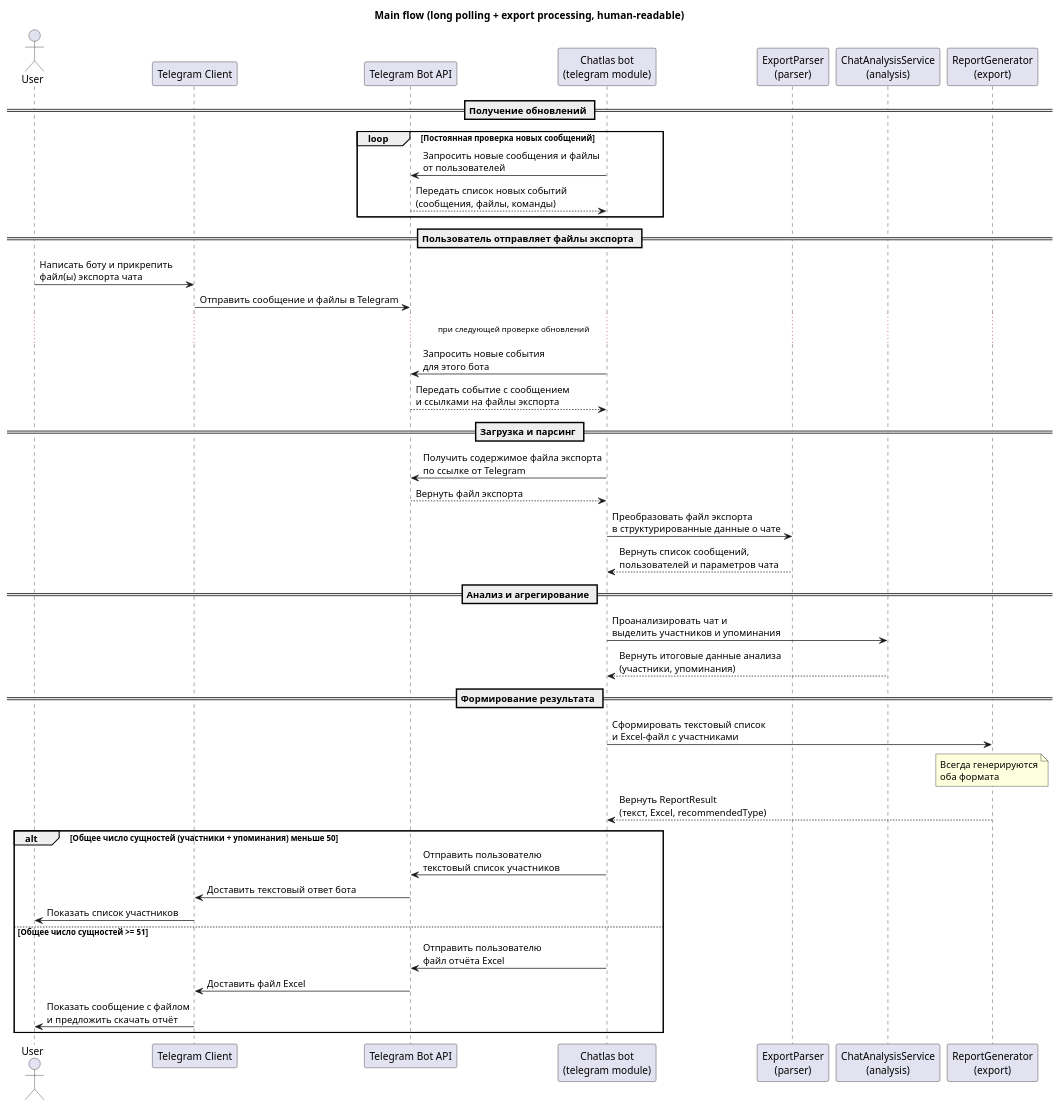
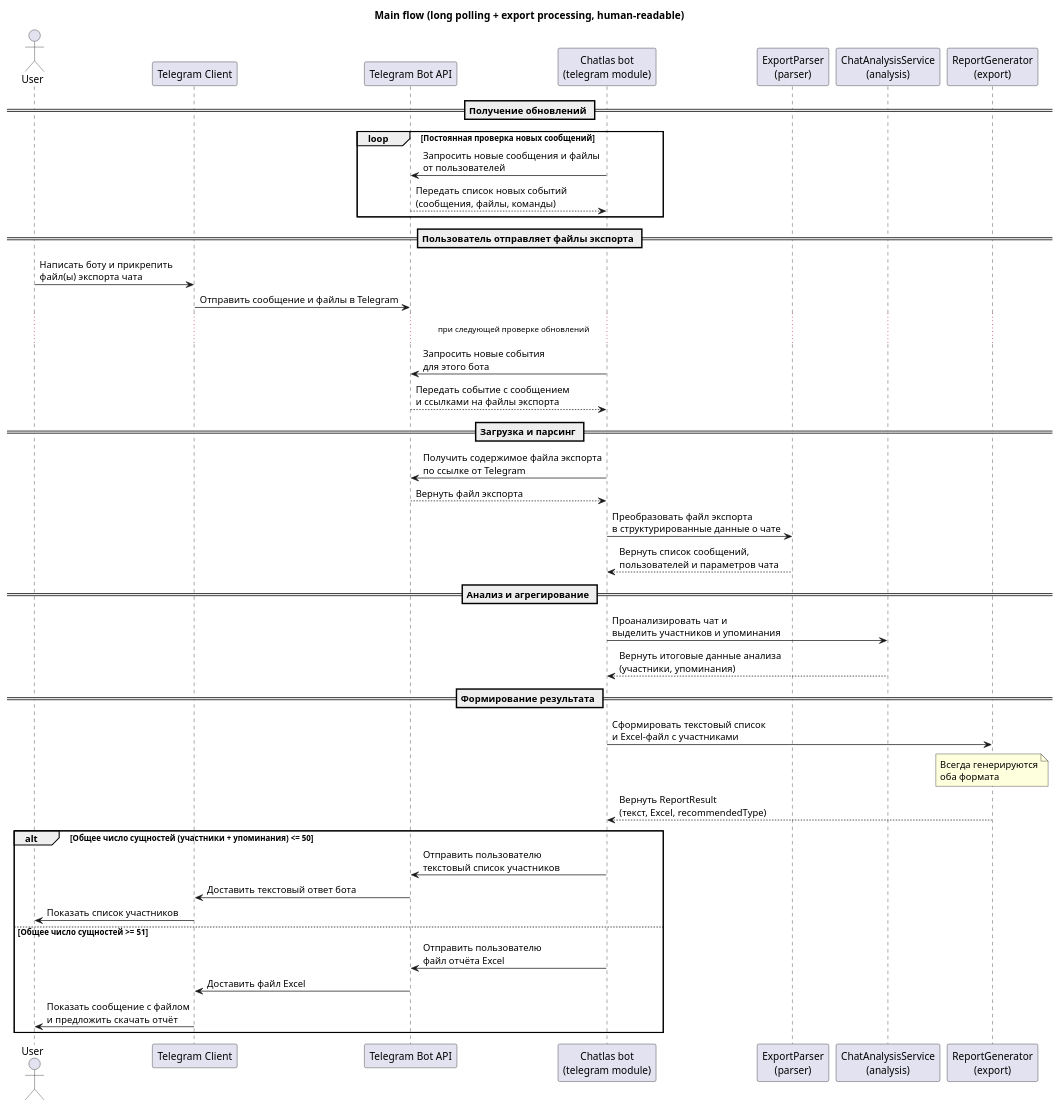
One commit to vspochernin/chatlas changed the diagram in docs/diagrams/sequence.puml. Above: the diagram before and after it, drawn with PlantUML. The commit also changed 4 other files, not shown here.

```diff
--- a/docs/diagrams/sequence.puml
+++ b/docs/diagrams/sequence.puml
@@ -1,50 +1,50 @@
 @startuml sequence
 title Main flow (long polling + export processing, human-readable)
 
 actor User
 participant "Telegram Client" as TgClient
 participant "Telegram Bot API" as TgAPI
 participant "Chatlas bot\n(telegram module)" as Bot
 participant "ExportParser\n(parser)" as Parser
 participant "ChatAnalysisService\n(analysis)" as Analysis
 participant "ReportGenerator\n(export)" as ReportGen
 
 == Получение обновлений ==
 loop Постоянная проверка новых сообщений
   Bot -> TgAPI : Запросить новые сообщения и файлы\nот пользователей
   TgAPI --> Bot : Передать список новых событий\n(сообщения, файлы, команды)
 end
 
 == Пользователь отправляет файлы экспорта ==
 User -> TgClient : Написать боту и прикрепить\nфайл(ы) экспорта чата
 TgClient -> TgAPI : Отправить сообщение и файлы в Telegram
 ... при следующей проверке обновлений ...
 Bot -> TgAPI : Запросить новые события\nдля этого бота
 TgAPI --> Bot : Передать событие с сообщением\nи ссылками на файлы экспорта
 
 == Загрузка и парсинг ==
 Bot -> TgAPI : Получить содержимое файла экспорта\nпо ссылке от Telegram
 TgAPI --> Bot : Вернуть файл экспорта
 
 Bot -> Parser : Преобразовать файл экспорта\nв структурированные данные о чате
 Parser --> Bot : Вернуть список сообщений,\nпользователей и параметров чата
 
 == Анализ и агрегирование ==
 Bot -> Analysis : Проанализировать чат и\nвыделить участников и упоминания
 Analysis --> Bot : Вернуть итоговые данные анализа\n(участники, упоминания)
 
 == Формирование результата ==
 Bot -> ReportGen : Сформировать текстовый список\nи Excel-файл с участниками
 Note over ReportGen: Всегда генерируются\nоба формата
 ReportGen --> Bot : Вернуть ReportResult\n(текст, Excel, recommendedType)
-alt Общее число сущностей (участники + упоминания) меньше 50
+alt Общее число сущностей (участники + упоминания) <= 50
   Bot -> TgAPI : Отправить пользователю\nтекстовый список участников
   TgAPI -> TgClient : Доставить текстовый ответ бота
   TgClient -> User : Показать список участников
 else Общее число сущностей >= 51
   Bot -> TgAPI : Отправить пользователю\nфайл отчёта Excel
   TgAPI -> TgClient : Доставить файл Excel
   TgClient -> User : Показать сообщение с файлом\nи предложить скачать отчёт
 end
 
 @enduml
```
